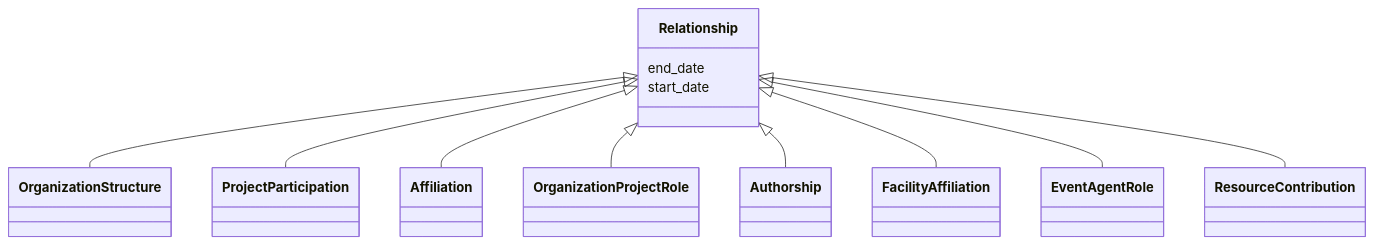
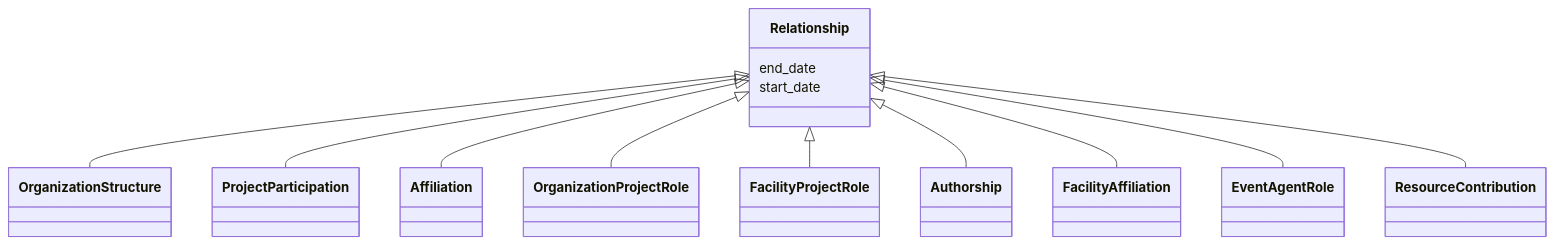
Before and after one commit to DARIAH-IL/idhi-manifests: the diagram in docs/classes/Relationship.md, drawn with Mermaid. The commit also changed other lines of this file and 16 other files, not shown here.

Commit message:
Facility role in project

````diff
--- a/docs/classes/Relationship.md
+++ b/docs/classes/Relationship.md
@@ -24,29 +24,31 @@
 ```mermaid
  classDiagram
     class Relationship
       
 
       Relationship <|-- OrganizationStructure
         click OrganizationStructure href "../../classes/OrganizationStructure/"
       Relationship <|-- ProjectParticipation
         click ProjectParticipation href "../../classes/ProjectParticipation/"
       Relationship <|-- Affiliation
         click Affiliation href "../../classes/Affiliation/"
       Relationship <|-- OrganizationProjectRole
         click OrganizationProjectRole href "../../classes/OrganizationProjectRole/"
+      Relationship <|-- FacilityProjectRole
+        click FacilityProjectRole href "../../classes/FacilityProjectRole/"
       Relationship <|-- Authorship
         click Authorship href "../../classes/Authorship/"
       Relationship <|-- FacilityAffiliation
         click FacilityAffiliation href "../../classes/FacilityAffiliation/"
       Relationship <|-- EventAgentRole
         click EventAgentRole href "../../classes/EventAgentRole/"
       Relationship <|-- ResourceContribution
         click ResourceContribution href "../../classes/ResourceContribution/"
       
 
       Relationship : end_date
         
       Relationship : start_date
         
       
 ```
````
